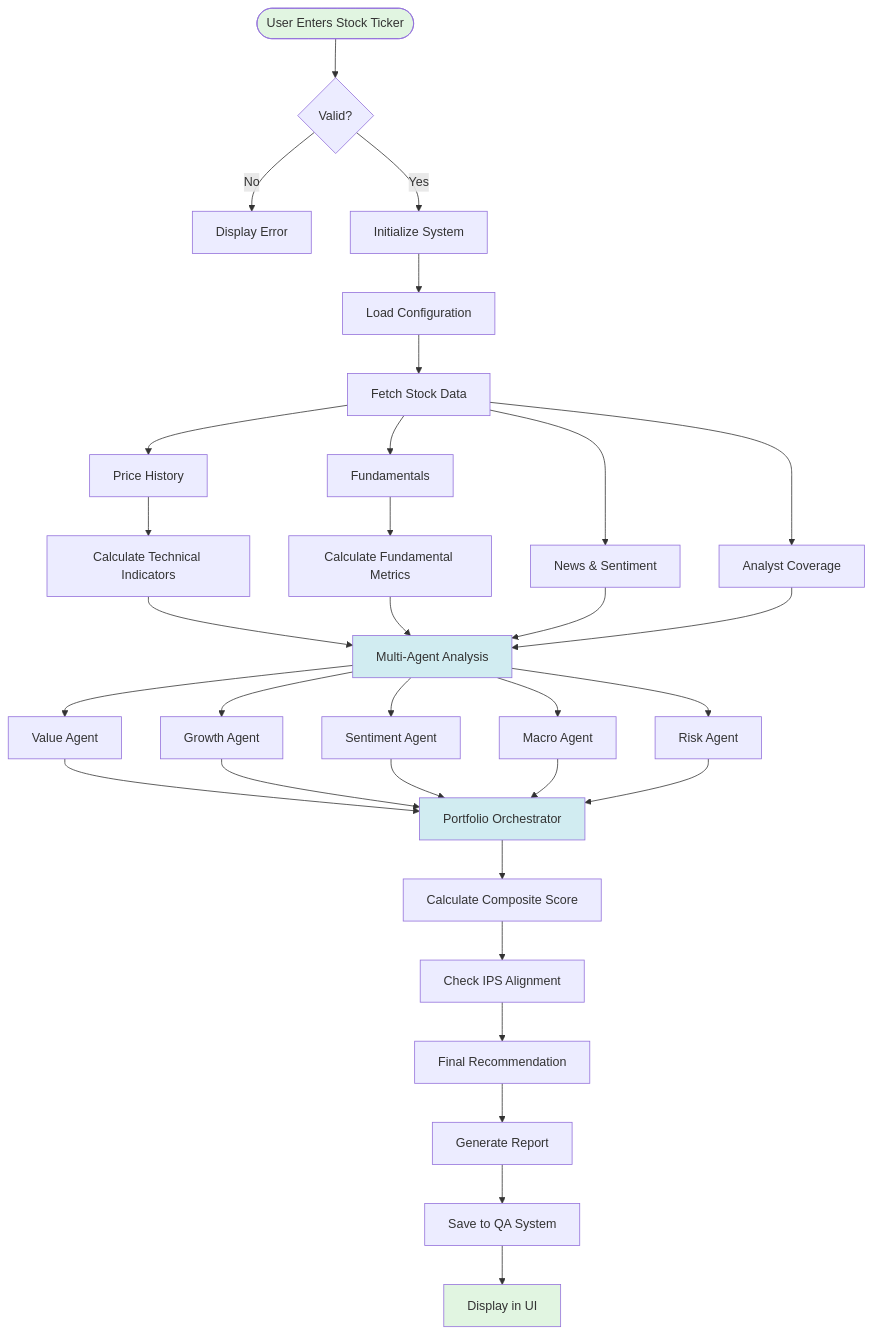
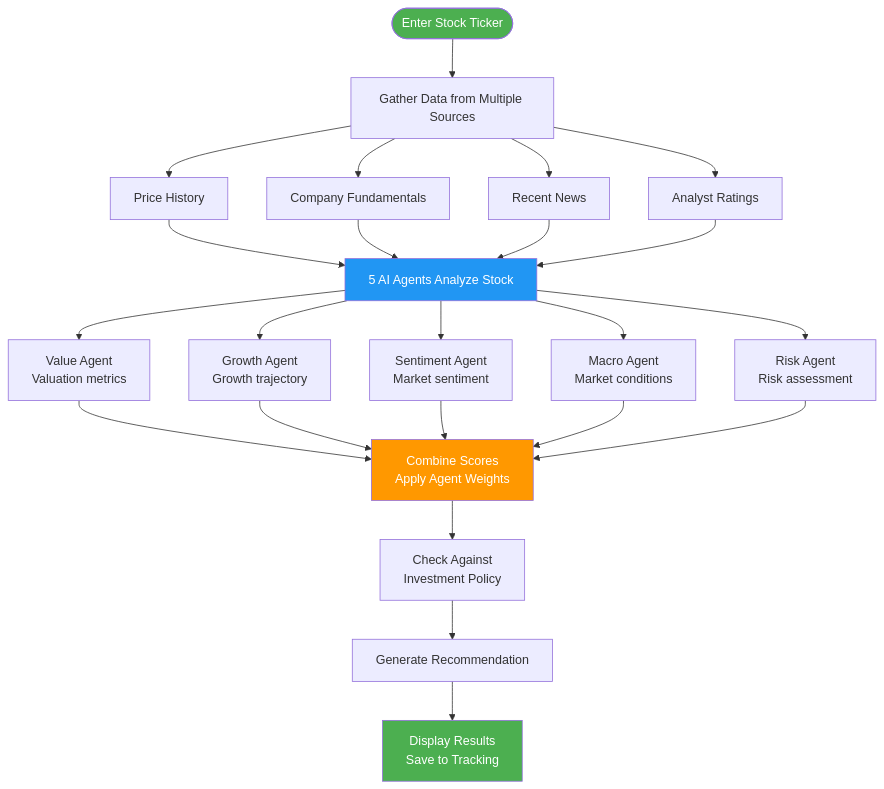
Before and after one commit to yaboibean2/Wharton: the first of 6 diagrams in SYSTEM_FLOW_DIAGRAMS.md, drawn with Mermaid. The commit also changed other lines of this file, not shown here.

First line of the commit message:
Redesign system flow diagrams: Clearer, more intuitive, focused on essentials

````diff
--- a/SYSTEM_FLOW_DIAGRAMS.md
+++ b/SYSTEM_FLOW_DIAGRAMS.md
@@ -13,47 +15,36 @@
 ```mermaid
 graph TB
-    Start([User Enters Stock Ticker]) --> Validate{Valid?}
-    Validate -->|No| Error[Display Error]
-    Validate -->|Yes| Init[Initialize System]
+    Start([Enter Stock Ticker]) --> Fetch[Gather Data from Multiple Sources]
     
-    Init --> LoadConfig[Load Configuration]
-    LoadConfig --> FetchData[Fetch Stock Data]
+    Fetch --> Data1[Price History]
+    Fetch --> Data2[Company Fundamentals]
+    Fetch --> Data3[Recent News]
+    Fetch --> Data4[Analyst Ratings]
     
-    FetchData --> PriceData[Price History]
-    FetchData --> Fundamentals[Fundamentals]
-    FetchData --> News[News & Sentiment]
-    FetchData --> Analyst[Analyst Coverage]
+    Data1 --> Analysis[5 AI Agents Analyze Stock]
+    Data2 --> Analysis
+    Data3 --> Analysis
+    Data4 --> Analysis
     
-    PriceData --> CalcTech[Calculate Technical Indicators]
-    Fundamentals --> CalcFund[Calculate Fundamental Metrics]
+    Analysis --> Agent1[Value Agent<br/>Valuation metrics]
+    Analysis --> Agent2[Growth Agent<br/>Growth trajectory]
+    Analysis --> Agent3[Sentiment Agent<br/>Market sentiment]
+    Analysis --> Agent4[Macro Agent<br/>Market conditions]
+    Analysis --> Agent5[Risk Agent<br/>Risk assessment]
     
-    CalcTech --> Agents[Multi-Agent Analysis]
-    CalcFund --> Agents
-    News --> Agents
-    Analyst --> Agents
+    Agent1 --> Combine[Combine Scores<br/>Apply Agent Weights]
+    Agent2 --> Combine
+    Agent3 --> Combine
+    Agent4 --> Combine
+    Agent5 --> Combine
     
-    Agents --> ValueAgent[Value Agent]
-    Agents --> GrowthAgent[Growth Agent]
-    Agents --> SentimentAgent[Sentiment Agent]
-    Agents --> MacroAgent[Macro Agent]
-    Agents --> RiskAgent[Risk Agent]
+    Combine --> IPS[Check Against<br/>Investment Policy]
+    IPS --> Recommend[Generate Recommendation]
     
-    ValueAgent --> Orchestrator[Portfolio Orchestrator]
-    GrowthAgent --> Orchestrator
-    SentimentAgent --> Orchestrator
-    MacroAgent --> Orchestrator
-    RiskAgent --> Orchestrator
+    Recommend --> Output[Display Results<br/>Save to Tracking]
     
-    Orchestrator --> Composite[Calculate Composite Score]
-    Composite --> IPS[Check IPS Alignment]
-    IPS --> Final[Final Recommendation]
-    
-    Final --> Report[Generate Report]
-    Report --> Save[Save to QA System]
-    Save --> Display[Display in UI]
-    
-    style Start fill:#e1f5e1
-    style Display fill:#e1f5e1
-    style Orchestrator fill:#d1ecf1
-    style Agents fill:#d1ecf1
+    style Start fill:#4CAF50,color:#fff
+    style Analysis fill:#2196F3,color:#fff
+    style Combine fill:#FF9800,color:#fff
+    style Output fill:#4CAF50,color:#fff
 ```
````
